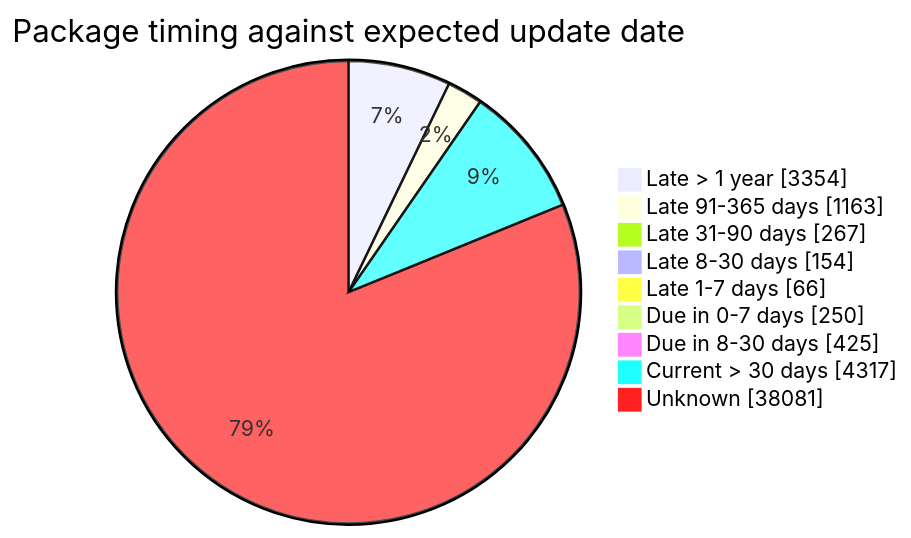
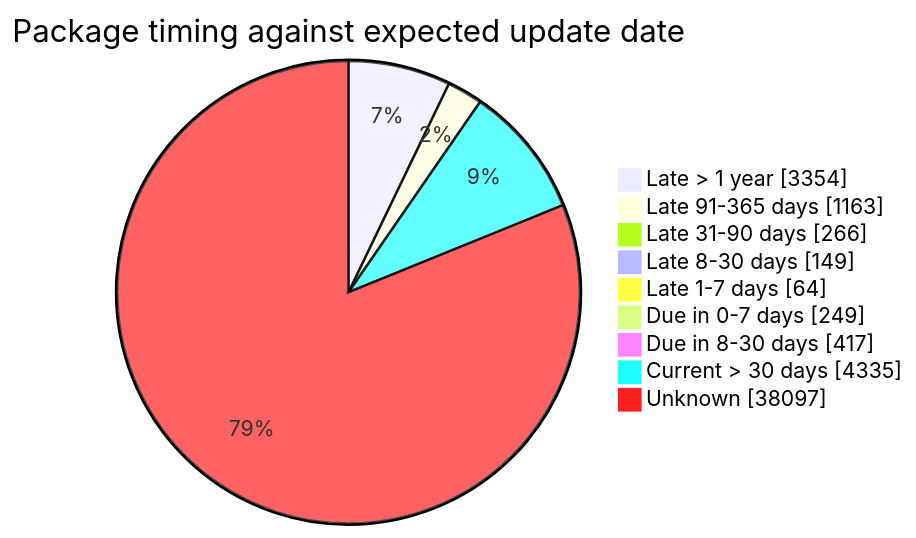
The fourth of 5 diagrams in FreshCheck/README.md (open-data/analytics-corporate-reporting), drawn with Mermaid before and after one commit. The commit also changed other lines of this file and 3 other files, not shown here.

````diff
--- a/FreshCheck/README.md
+++ b/FreshCheck/README.md
@@ -86,12 +86,12 @@
 ```mermaid
 pie showData title Package timing against expected update date
     "Late > 1 year": 3354
     "Late 91-365 days": 1163
-    "Late 31-90 days": 267
-    "Late 8-30 days": 154
-    "Late 1-7 days": 66
-    "Due in 0-7 days": 250
-    "Due in 8-30 days": 425
-    "Current > 30 days": 4317
-    "Unknown": 38081
+    "Late 31-90 days": 266
+    "Late 8-30 days": 149
+    "Late 1-7 days": 64
+    "Due in 0-7 days": 249
+    "Due in 8-30 days": 417
+    "Current > 30 days": 4335
+    "Unknown": 38097
 ```
````
